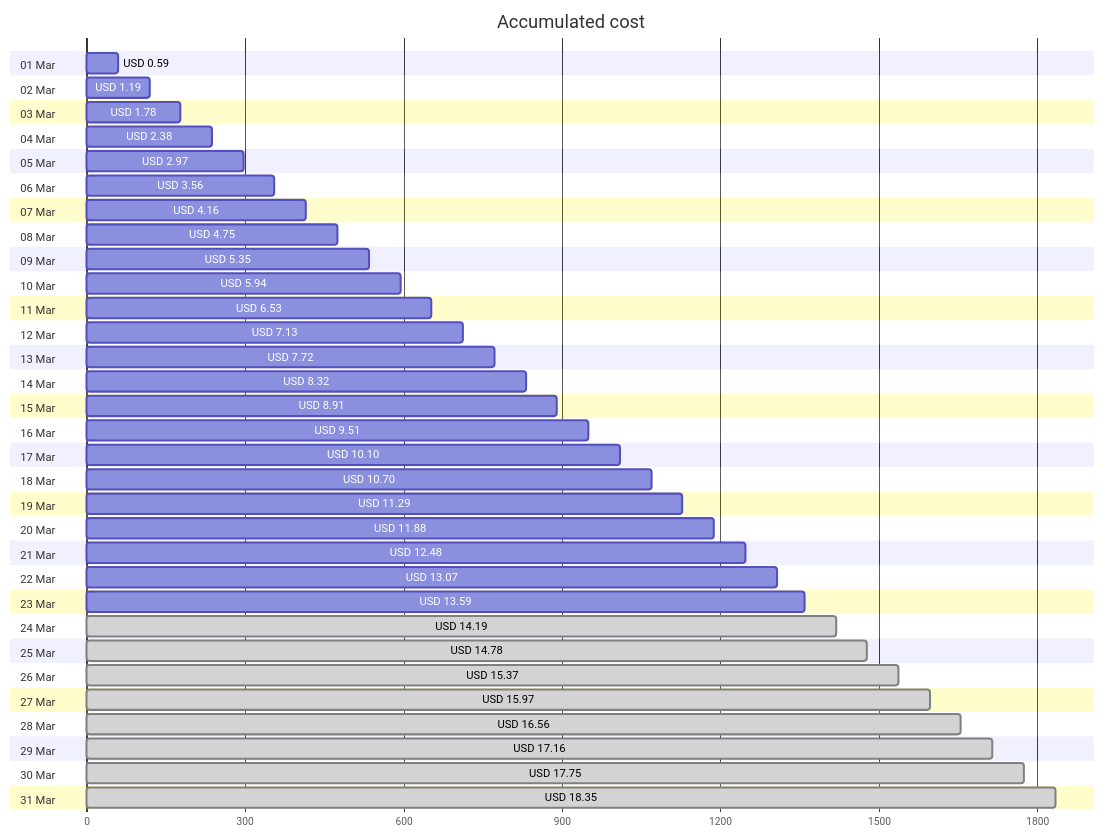
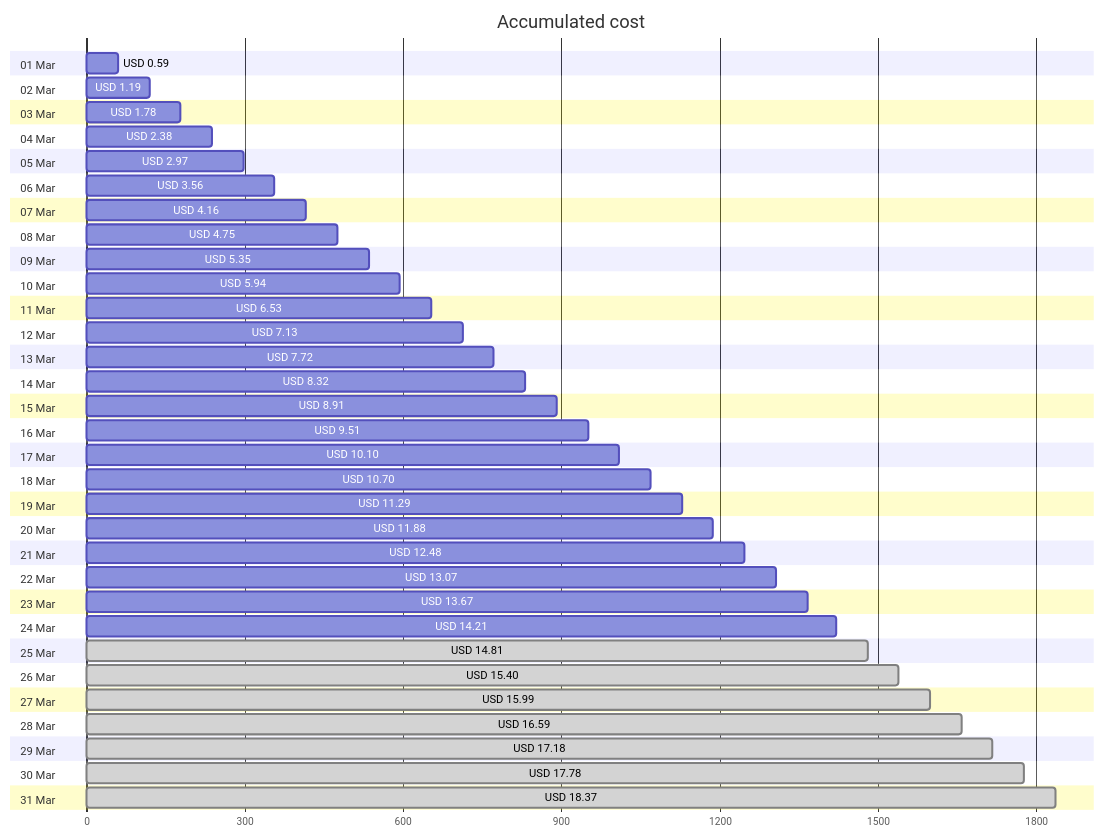
Before and after one commit to jpfulton/azure-personal-reports: the first of 4 diagrams in cost-reports/personal-site/README.md, drawn with Mermaid. The commit also changed other lines of this file and 6 other files, not shown here.

````diff
--- a/cost-reports/personal-site/README.md
+++ b/cost-reports/personal-site/README.md
@@ -20,68 +20,68 @@
 ```mermaid
 gantt
    title Accumulated cost
    dateFormat  X
    axisFormat %s
    section 01 Mar
    USD 0.59 :0, 59
    section 02 Mar
    USD 1.19 :0, 119
    section 03 Mar
    USD 1.78 :0, 178
    section 04 Mar
    USD 2.38 :0, 238
    section 05 Mar
    USD 2.97 :0, 297
    section 06 Mar
    USD 3.56 :0, 356
    section 07 Mar
    USD 4.16 :0, 416
    section 08 Mar
    USD 4.75 :0, 475
    section 09 Mar
    USD 5.35 :0, 535
    section 10 Mar
    USD 5.94 :0, 594
    section 11 Mar
    USD 6.53 :0, 653
    section 12 Mar
    USD 7.13 :0, 713
    section 13 Mar
    USD 7.72 :0, 772
    section 14 Mar
    USD 8.32 :0, 832
    section 15 Mar
    USD 8.91 :0, 891
    section 16 Mar
    USD 9.51 :0, 951
    section 17 Mar
    USD 10.10 :0, 1010
    section 18 Mar
    USD 10.70 :0, 1070
    section 19 Mar
    USD 11.29 :0, 1129
    section 20 Mar
    USD 11.88 :0, 1188
    section 21 Mar
    USD 12.48 :0, 1248
    section 22 Mar
    USD 13.07 :0, 1307
    section 23 Mar
-   USD 13.59 :0, 1359
+   USD 13.67 :0, 1367
    section 24 Mar
-   USD 14.19 : done, 0, 1419
+   USD 14.21 :0, 1421
    section 25 Mar
-   USD 14.78 : done, 0, 1478
+   USD 14.81 : done, 0, 1481
    section 26 Mar
-   USD 15.37 : done, 0, 1537
+   USD 15.40 : done, 0, 1540
    section 27 Mar
-   USD 15.97 : done, 0, 1597
+   USD 15.99 : done, 0, 1599
    section 28 Mar
-   USD 16.56 : done, 0, 1656
+   USD 16.59 : done, 0, 1659
    section 29 Mar
-   USD 17.16 : done, 0, 1716
+   USD 17.18 : done, 0, 1718
    section 30 Mar
-   USD 17.75 : done, 0, 1775
+   USD 17.78 : done, 0, 1778
    section 31 Mar
-   USD 18.35 : done, 0, 1835
+   USD 18.37 : done, 0, 1837
 ```
````
